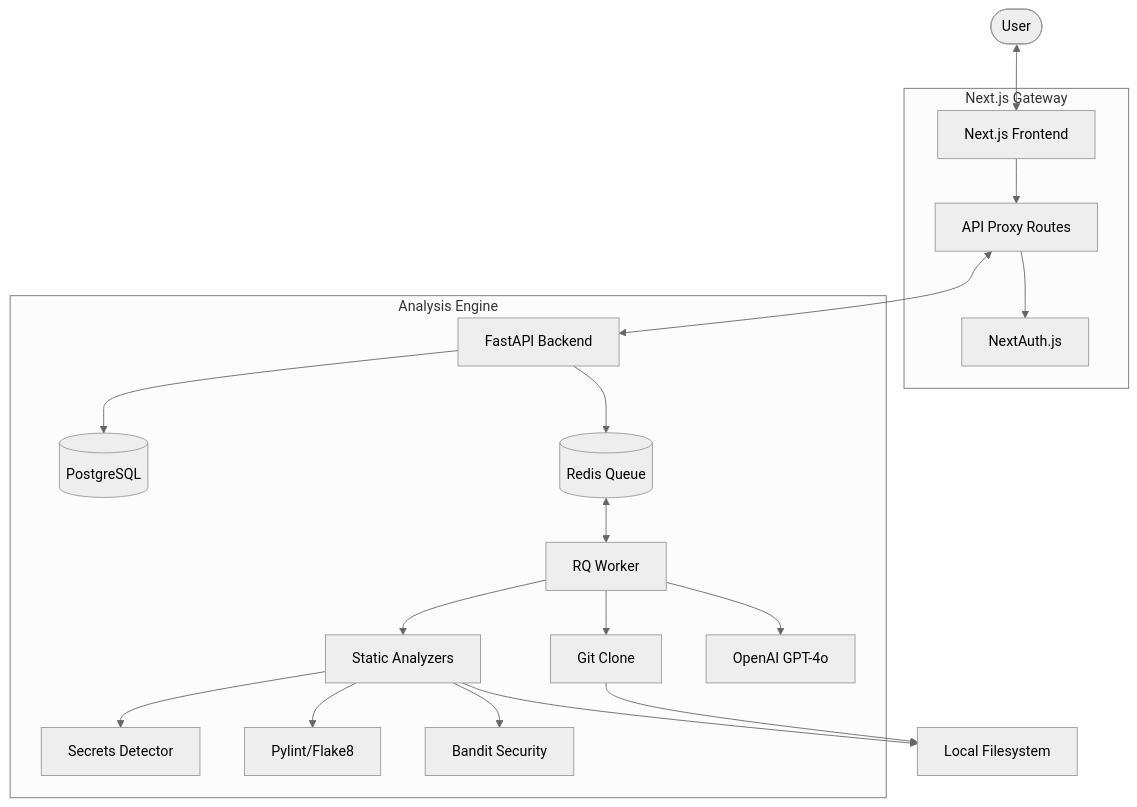
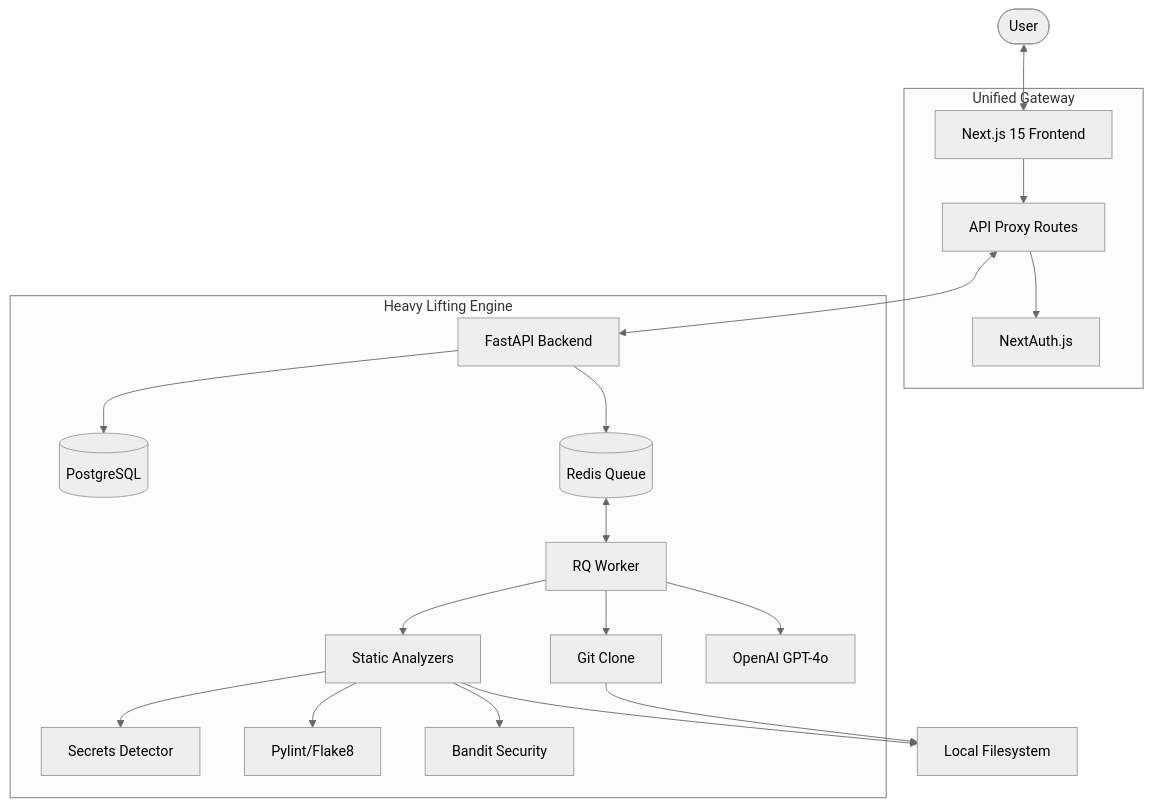
The diagram in README.md (rachanarv17/ai-repo-analyzer), drawn with Mermaid (neutral theme) before and after one commit. The commit also changed other lines of this file, not shown here.

````diff
--- a/README.md
+++ b/README.md
@@ -21,26 +31,26 @@
 ```mermaid
 graph TD
-    User([User]) <--> Frontend[Next.js Frontend]
+    User([User]) <--> Frontend[Next.js 15 Frontend]
     
-    subgraph "Next.js Gateway"
+    subgraph "Unified Gateway"
         Frontend --> APIProxy[API Proxy Routes]
         APIProxy --> Auth[NextAuth.js]
     end
 
     APIProxy <--> Backend[FastAPI Backend]
 
-    subgraph "Analysis Engine"
+    subgraph "Heavy Lifting Engine"
         Backend --> DB[(PostgreSQL)]
         Backend --> Redis[(Redis Queue)]
         Redis <--> Worker[RQ Worker]
         Worker --> Clone[Git Clone]
         Worker --> Static[Static Analyzers]
         Static --> Secrets[Secrets Detector]
         Static --> Pylint[Pylint/Flake8]
         Static --> Bandit[Bandit Security]
         Worker --> AI[OpenAI GPT-4o]
     end
     
     Clone --> Files[Local Filesystem]
     Static --> Files
 ```
````
